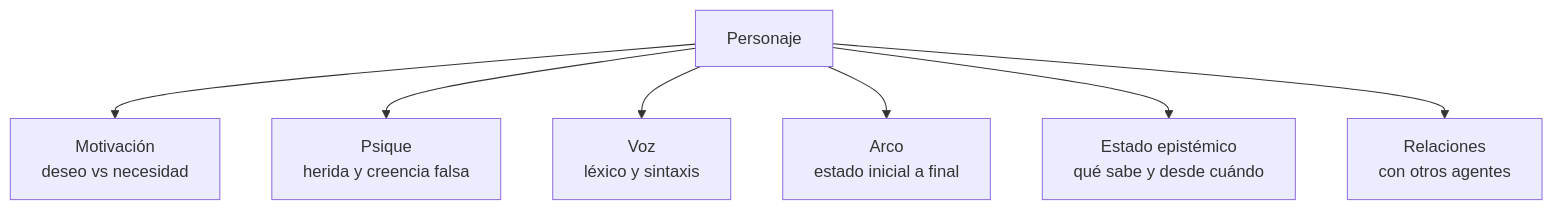
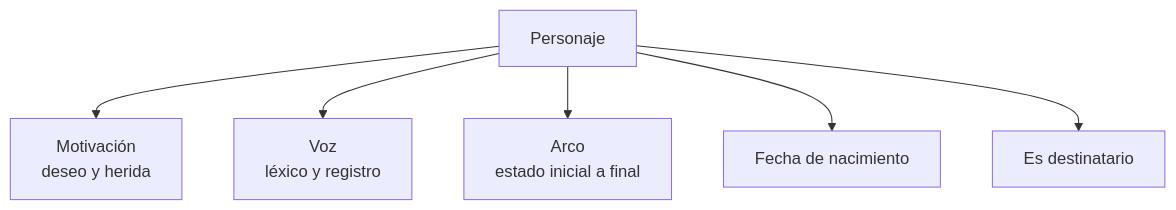
The fifth of 21 diagrams in docs/domain-knowledge.md (BrunoCrz3/MyStory), drawn with Mermaid before and after one commit. The commit also changed other lines of this file and 5 other files, not shown here.

````diff
--- a/docs/domain-knowledge.md
+++ b/docs/domain-knowledge.md
@@ -121,9 +95,8 @@
 ```mermaid
 flowchart TD
-  PJ[Personaje] --> MO[Motivación<br/>deseo vs necesidad]
-  PJ --> PS[Psique<br/>herida y creencia falsa]
-  PJ --> VZ[Voz<br/>léxico y sintaxis]
+  PJ[Personaje] --> MO[Motivación<br/>deseo y herida]
+  PJ --> VZ[Voz<br/>léxico y registro]
   PJ --> AR[Arco<br/>estado inicial a final]
-  PJ --> EP[Estado epistémico<br/>qué sabe y desde cuándo]
-  PJ --> RL[Relaciones<br/>con otros agentes]
+  PJ --> FN[Fecha de nacimiento]
+  PJ --> ED[Es destinatario]
 ```
````
